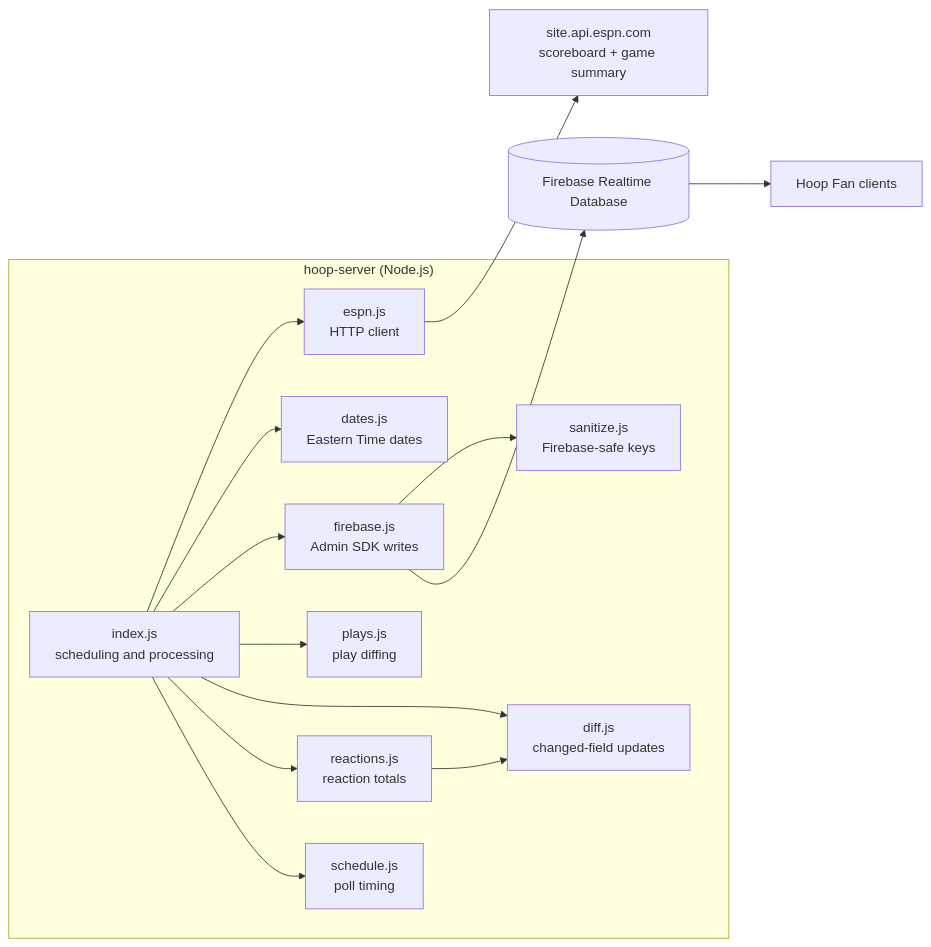
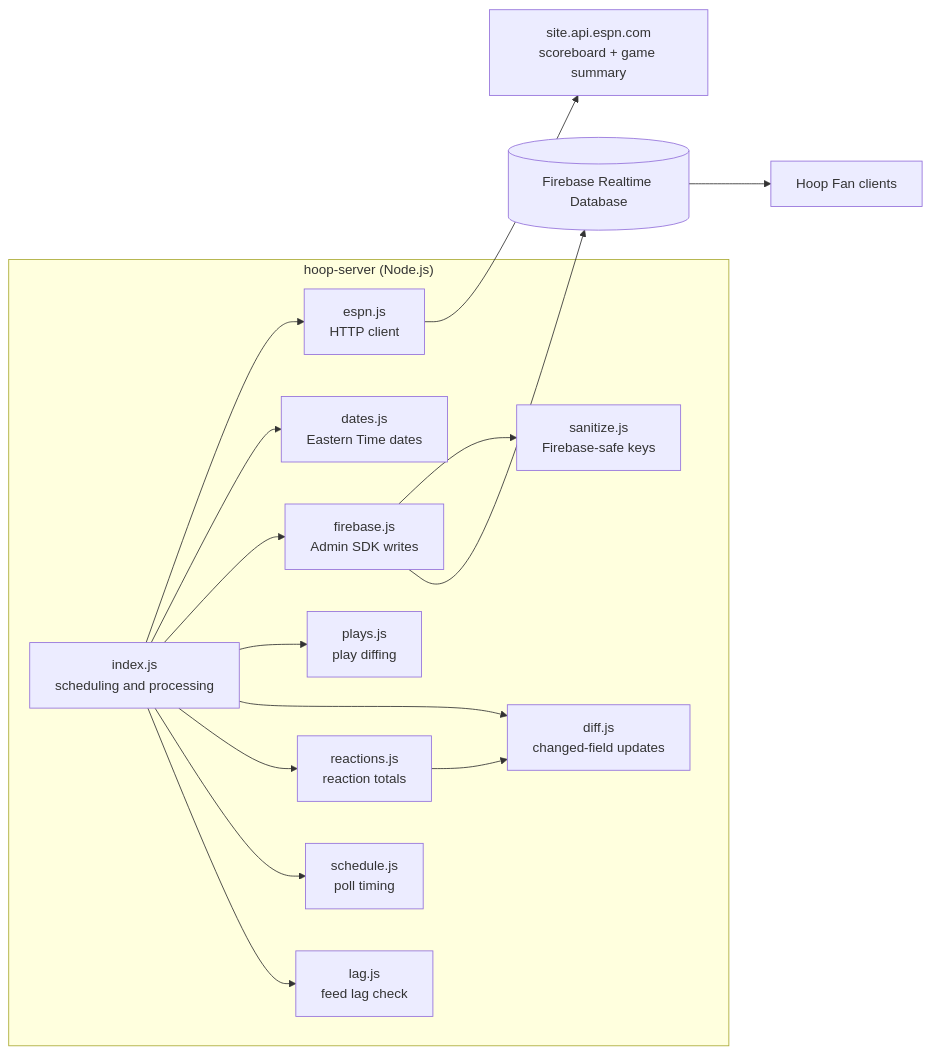
One commit to kriskramer/hoop-server changed the first of 2 diagrams in docs/architecture.md. Above: the diagram before and after it, drawn with Mermaid. The commit also changed other lines of this file and 3 other files, not shown here.

Commit message:
feat: add lag monitoring for live games to track feed discrepancies

````diff
--- a/docs/architecture.md
+++ b/docs/architecture.md
@@ -5,32 +5,34 @@
 ```mermaid
 flowchart LR
     ESPN["site.api.espn.com<br/>scoreboard + game summary"]
 
     subgraph Server["hoop-server (Node.js)"]
         IDX["index.js<br/>scheduling and processing"]
         API["espn.js<br/>HTTP client"]
         DATES["dates.js<br/>Eastern Time dates"]
         FB["firebase.js<br/>Admin SDK writes"]
         SAN["sanitize.js<br/>Firebase-safe keys"]
         PLAYS["plays.js<br/>play diffing"]
         DIFF["diff.js<br/>changed-field updates"]
         REACT["reactions.js<br/>reaction totals"]
         SCHED["schedule.js<br/>poll timing"]
+        LAG["lag.js<br/>feed lag check"]
     end
 
     RTDB[("Firebase Realtime Database")]
     CLIENTS["Hoop Fan clients"]
 
     IDX --> API
     IDX --> DATES
     IDX --> FB
     IDX --> PLAYS
     IDX --> DIFF
     IDX --> REACT
     REACT --> DIFF
     IDX --> SCHED
+    IDX --> LAG
     FB --> SAN
     API --> ESPN
     FB --> RTDB
     RTDB --> CLIENTS
 ```
````
